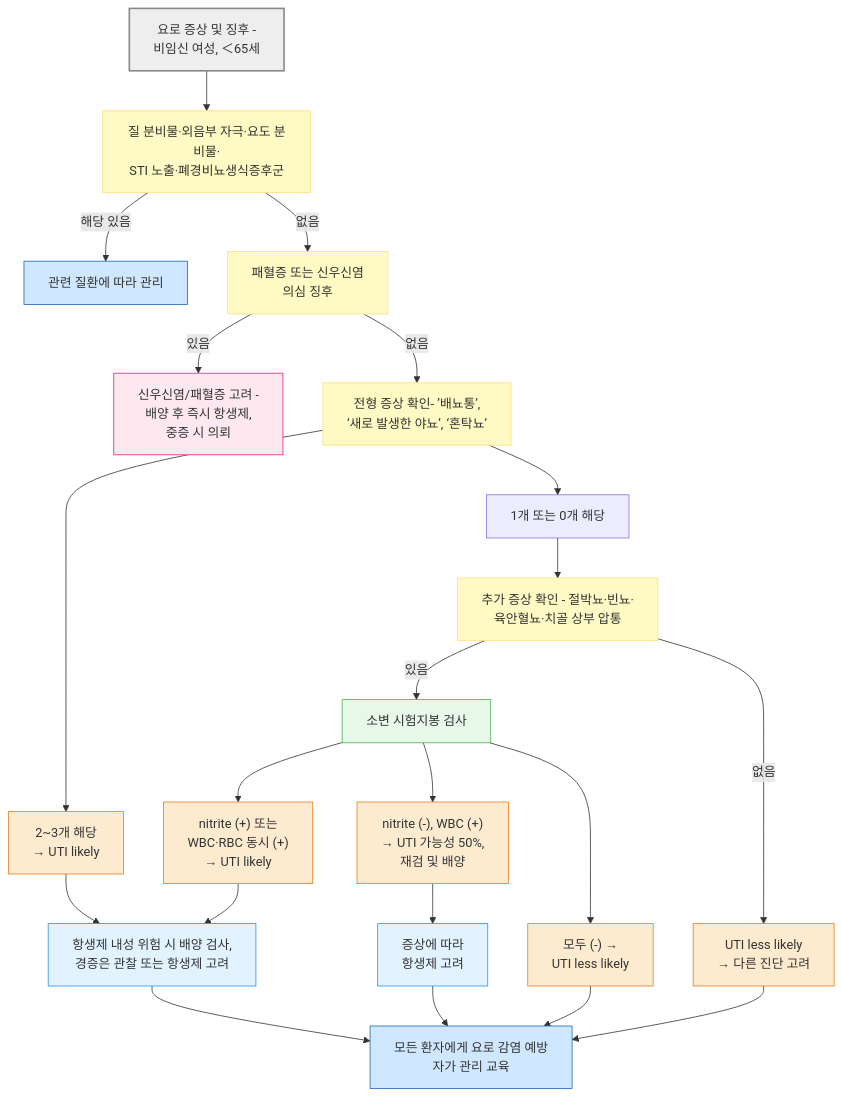
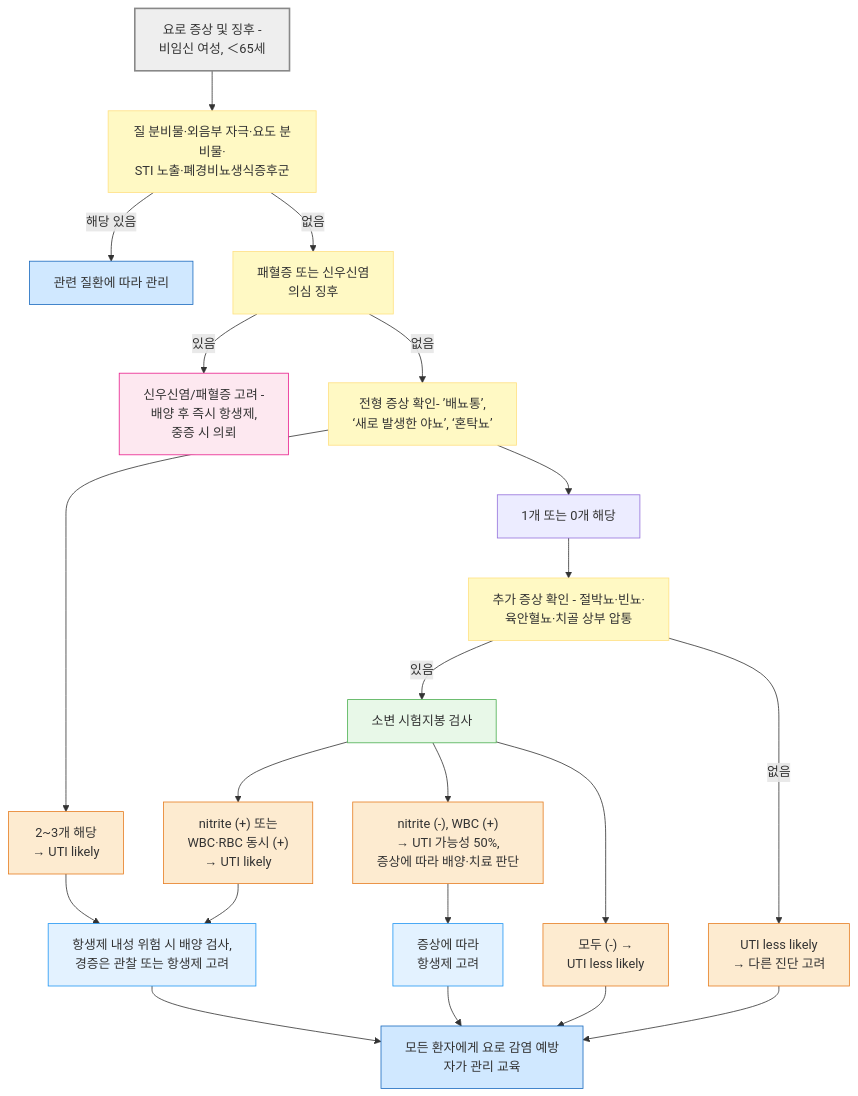
Before and after one commit to familyoh77/familyoh77: the first of 5 diagrams in 227_/113_-urinary-tract-infection.md, drawn with Mermaid. The commit also changed other lines of this file and 4 other files, not shown here.

````diff
--- a/227_/113_-urinary-tract-infection.md
+++ b/227_/113_-urinary-tract-infection.md
@@ -115,37 +115,37 @@
 ```mermaid
 graph TD
     A["요로 증상 및 징후 - <br/>비임신 여성, ＜65세"] --> 
 B["질 분비물·외음부 자극·요도 분비물·<br/>STI 노출·폐경비뇨생식증후군"]
     B -->|해당 있음| B1["관련 질환에 따라 관리"]
     B -->|없음| C["패혈증 또는 신우신염 <br/>의심 징후"]
     C -->|있음| C1["신우신염/패혈증 고려 - <br/>배양 후 즉시 항생제, <br/>중증 시 의뢰"]
     C -->|없음| D["전형 증상 확인- ’배뇨통’, <br/>‘새로 발생한 야뇨’, ‘혼탁뇨’"]
     D --> E["2~3개 해당 <br/>→ UTI likely"]
     D --> F["1개 또는 0개 해당"]
     F --> G["추가 증상 확인 - 절박뇨·빈뇨·<br/>육안혈뇨·치골 상부 압통"]
     G -->|있음| I["소변 시험지봉 검사"]
     I --> J["nitrite (+) 또는 <br/>WBC·RBC 동시 (+)<br/>→ UTI likely"]
-    I --> K["nitrite (-), WBC (+) <br/>→ UTI 가능성 50%, <br/>재검 및 배양"]
+    I --> K["nitrite (-), WBC (+) <br/>→ UTI 가능성 50%, <br/>증상에 따라 배양·치료 판단"]
     I --> L["모두 (-) →<br/>UTI less likely"]
     E --> M["항생제 내성 위험 시 배양 검사, <br/>경증은 관찰 또는 항생제 고려"]
     J --> M
     K --> N["증상에 따라 <br/>항생제 고려"]
     M --> O["모든 환자에게 요로 감염 예방<br/> 자가 관리 교육"]
     H --> O
     L --> O
     N --> O
     G -->|없음| H["UTI less likely <br/>→ 다른 진단 고려"]
 style A fill:#eeeeee,stroke:#888888,stroke-width:2px
 classDef yellow fill:#fff9c4,stroke:#ffe082
 class B,C,D,G yellow
 classDef lightGreen fill:#e8f8e8,stroke:#4caf50
 class I lightGreen
 classDef blue fill:#d0e8ff,stroke:#1a6abf
 class B1,O blue
 classDef pink fill:#fde8f0,stroke:#e91e8c
 class C1 pink
 classDef orange fill:#fdebd0,stroke:#e67e22
 class E,H,J,K,L orange
 classDef sky fill:#e3f2ff,stroke:#2196f3
 class N,M sky
 ```
````
